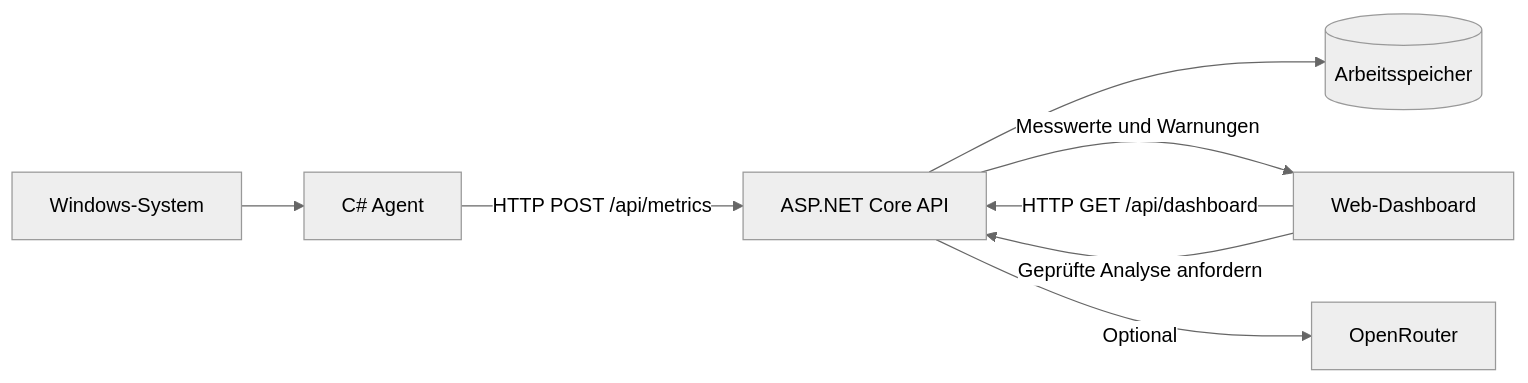
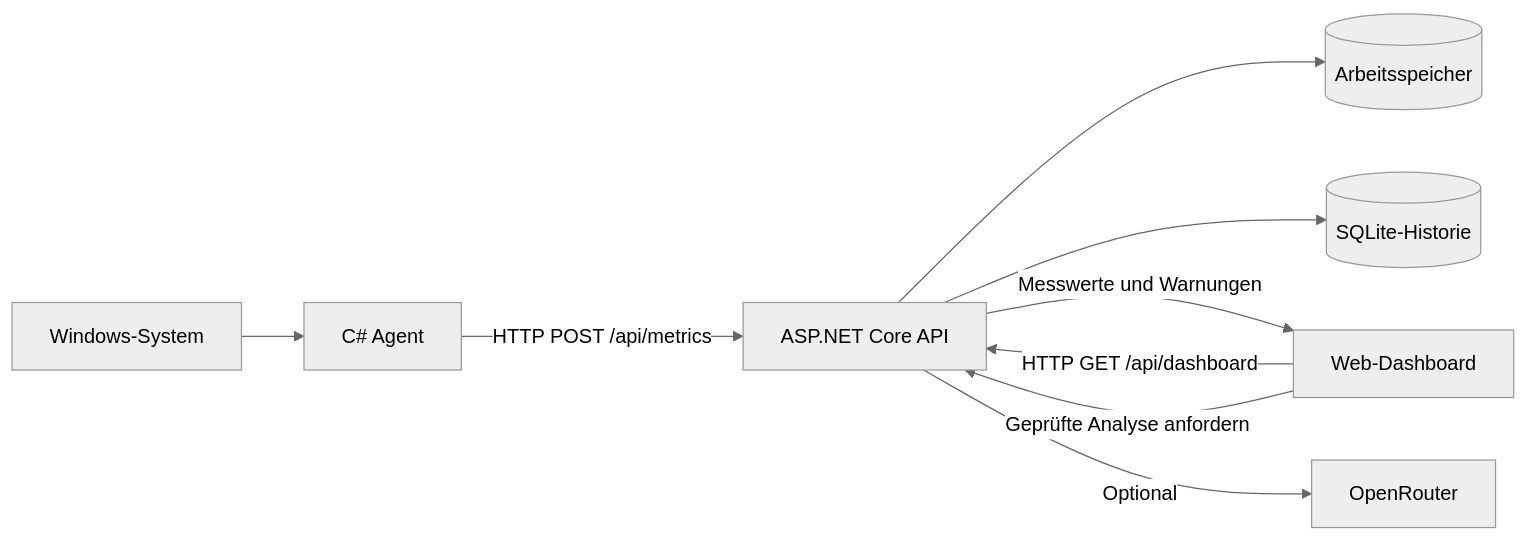
Before and after one commit to BurakOezekin/CloudHub-AI-Monitor: the diagram in README.md, drawn with Mermaid (neutral theme). The commit also changed other lines of this file and 9 other files, not shown here.

````diff
--- a/README.md
+++ b/README.md
@@ -21,10 +22,11 @@
 ```mermaid
 flowchart LR
     W[Windows-System] --> A[C# Agent]
     A -->|HTTP POST /api/metrics| API[ASP.NET Core API]
     API --> M[(Arbeitsspeicher)]
+    API --> D[(SQLite-Historie)]
     B[Web-Dashboard] -->|HTTP GET /api/dashboard| API
     API -->|Messwerte und Warnungen| B
     B -->|Geprüfte Analyse anfordern| API
     API -->|Optional| O[OpenRouter]
 ```
````
